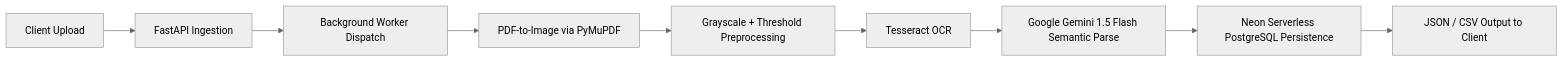
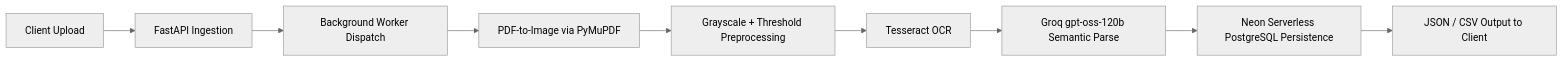
Before and after one commit to VRCHAMPION/gst_invoice_scanner: the first of 4 diagrams in ARCHITECTURE.md, drawn with Mermaid (neutral theme). The commit also changed other lines of this file and 1 other file, not shown here.

Commit message:
Docs: match model name to parser (Groq gpt-oss-120b)

````diff
--- a/ARCHITECTURE.md
+++ b/ARCHITECTURE.md
@@ -24,11 +24,11 @@
 ```mermaid
 flowchart LR
     A[Client Upload] --> B[FastAPI Ingestion]
     B --> C[Background Worker Dispatch]
     C --> D[PDF-to-Image via PyMuPDF]
     D --> E[Grayscale + Threshold Preprocessing]
     E --> F[Tesseract OCR]
-    F --> G[Google Gemini 1.5 Flash Semantic Parse]
+    F --> G[Groq gpt-oss-120b Semantic Parse]
     G --> H[Neon Serverless PostgreSQL Persistence]
     H --> I[JSON / CSV Output to Client]
 ```
````
